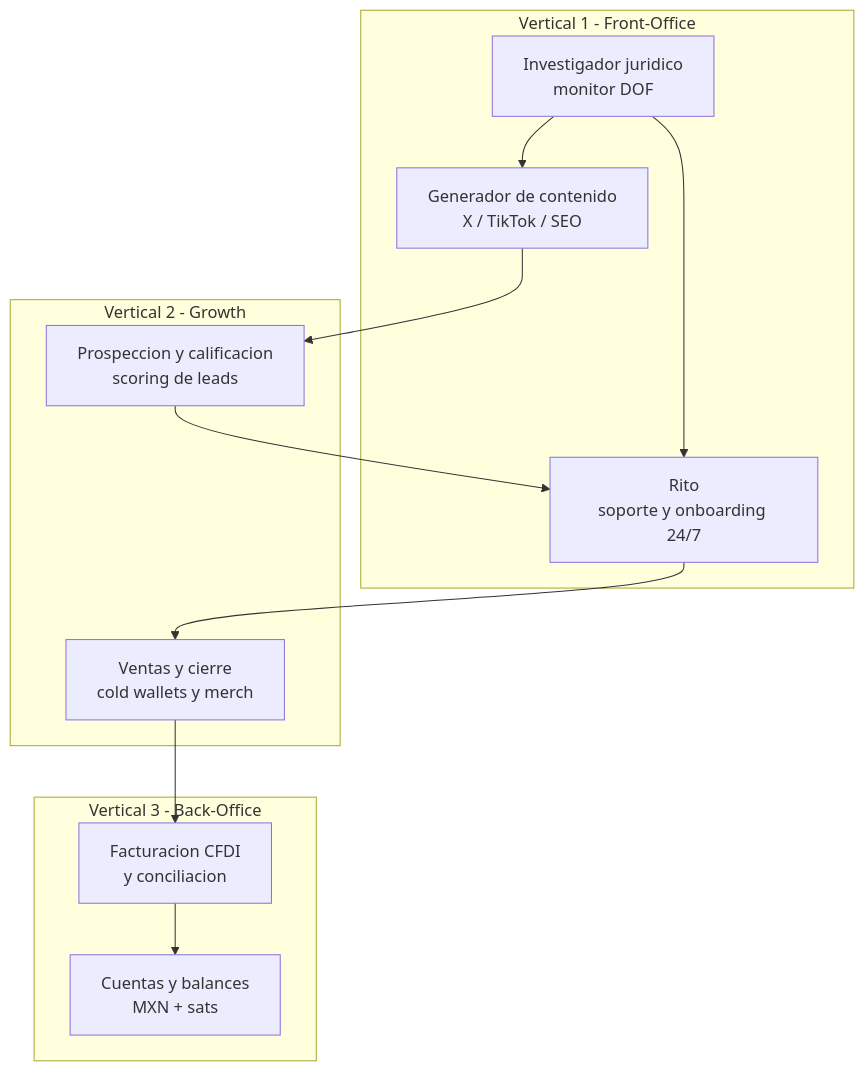
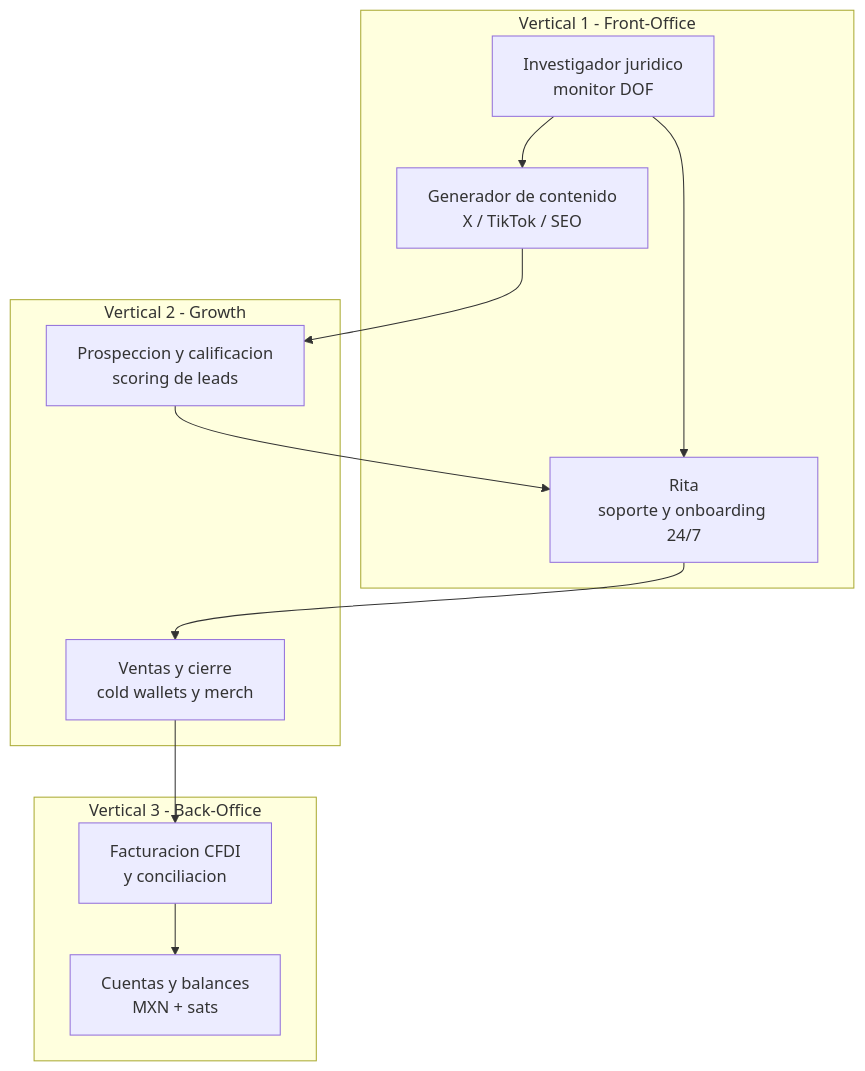
The first of 3 diagrams in docs/roadmap-agentico-ingresos.md (Edgadafi/Calculadora-de-Retiro-Bitcoin-Fedi), drawn with Mermaid before and after one commit. The commit also changed other lines of this file and 22 other files, not shown here.

First line of the commit message:
Rename the assistant from Rito to Rita

````diff
--- a/docs/roadmap-agentico-ingresos.md
+++ b/docs/roadmap-agentico-ingresos.md
@@ -14,23 +14,23 @@
 ```mermaid
 flowchart TB
   subgraph v1 [Vertical 1 - Front-Office]
-    Rito["Rito<br/>soporte y onboarding 24/7"]
+    Rita["Rita<br/>soporte y onboarding 24/7"]
     Legal["Investigador juridico<br/>monitor DOF"]
     Content["Generador de contenido<br/>X / TikTok / SEO"]
   end
   subgraph v2 [Vertical 2 - Growth]
     Prospect["Prospeccion y calificacion<br/>scoring de leads"]
     Sales["Ventas y cierre<br/>cold wallets y merch"]
   end
   subgraph v3 [Vertical 3 - Back-Office]
     Books["Cuentas y balances<br/>MXN + sats"]
     Invoice["Facturacion CFDI<br/>y conciliacion"]
   end
   Legal --> Content
-  Legal --> Rito
+  Legal --> Rita
   Content --> Prospect
-  Prospect --> Rito
-  Rito --> Sales
+  Prospect --> Rita
+  Rita --> Sales
   Sales --> Invoice
   Invoice --> Books
 ```
````
